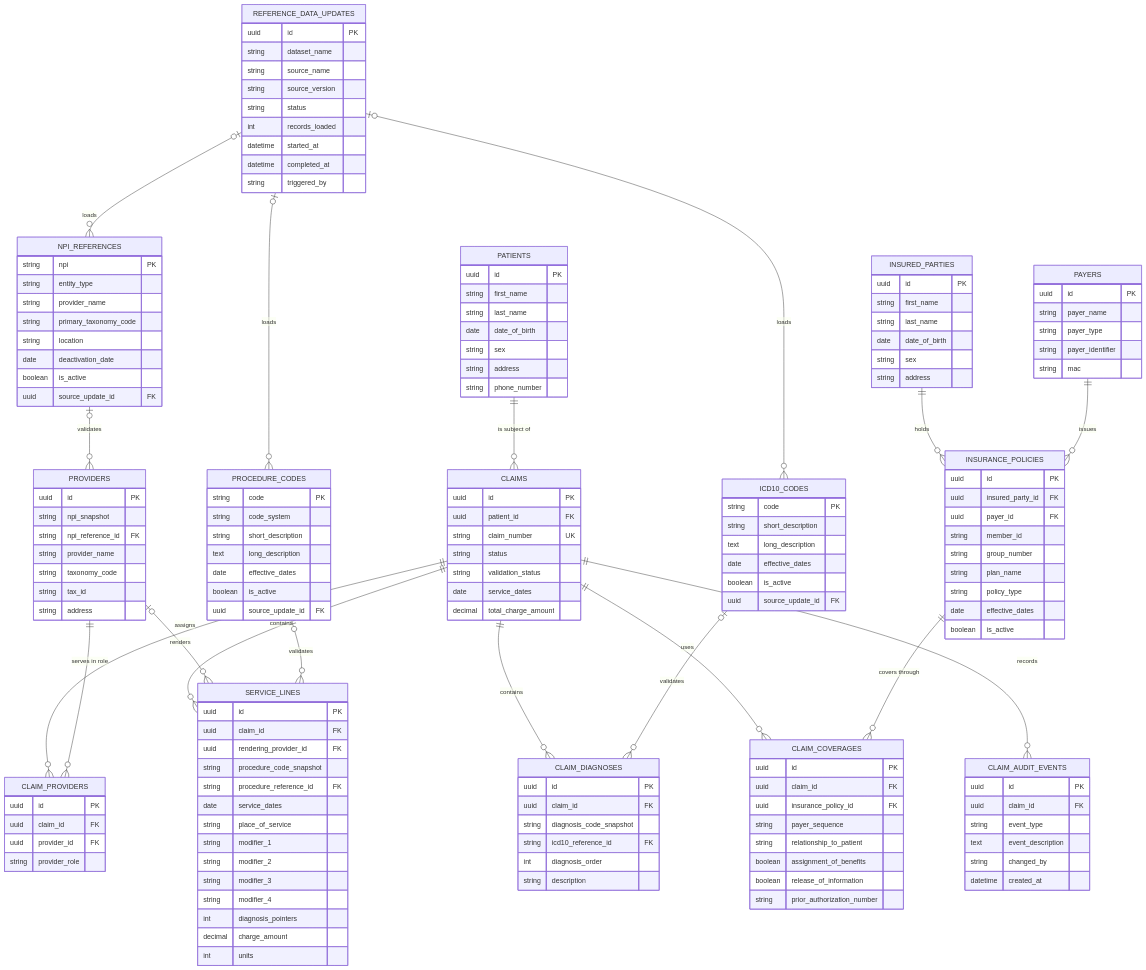
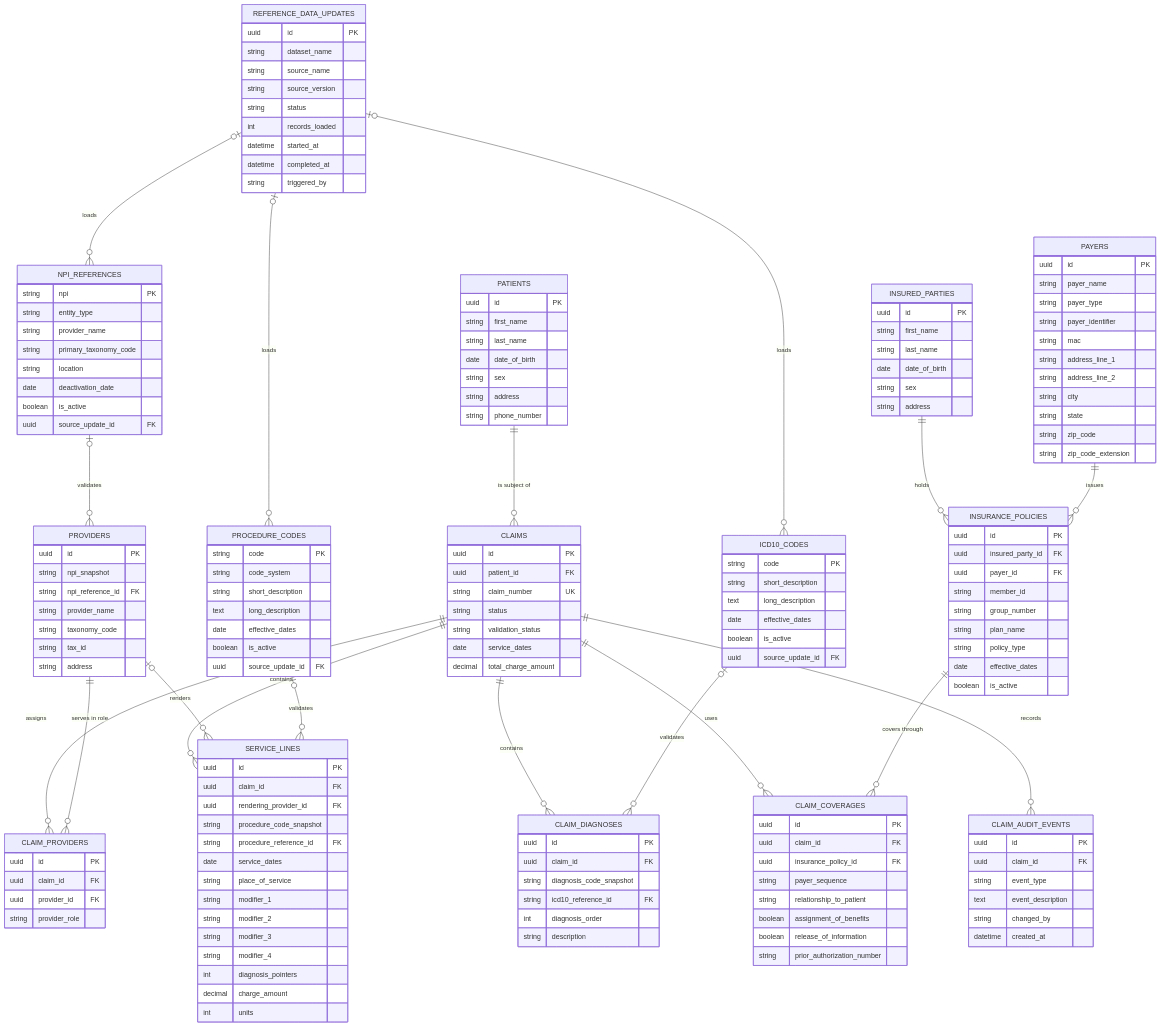
Before and after one commit to ChaoLabs/emr-claim-entry-portal: the diagram in docs/database/cms1500-erd.md, drawn with Mermaid. The commit also changed 11 other files, not shown here.

```diff
--- a/docs/database/cms1500-erd.md
+++ b/docs/database/cms1500-erd.md
@@ -51,6 +51,12 @@
         string payer_type
         string payer_identifier
         string mac
+        string address_line_1
+        string address_line_2
+        string city
+        string state
+        string zip_code
+        string zip_code_extension
     }
 
     INSURANCE_POLICIES {
```
